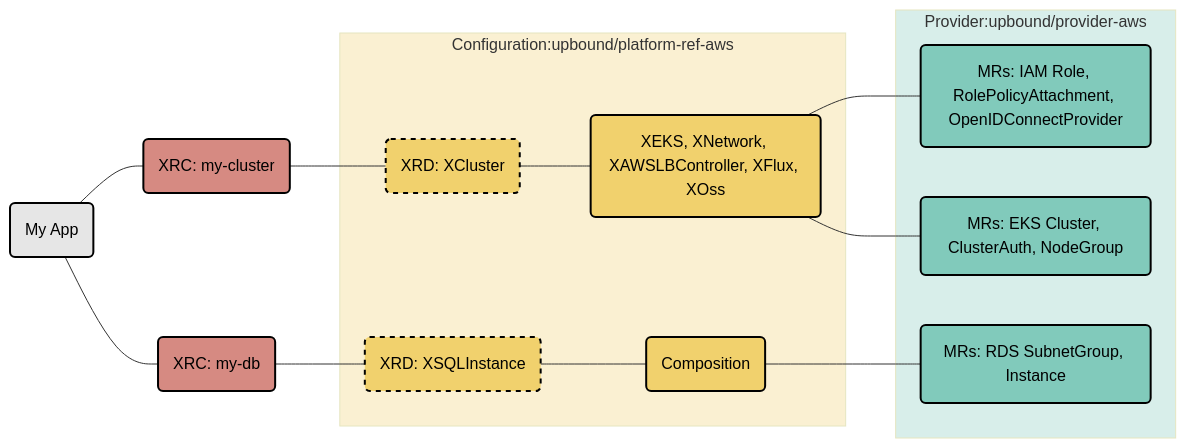
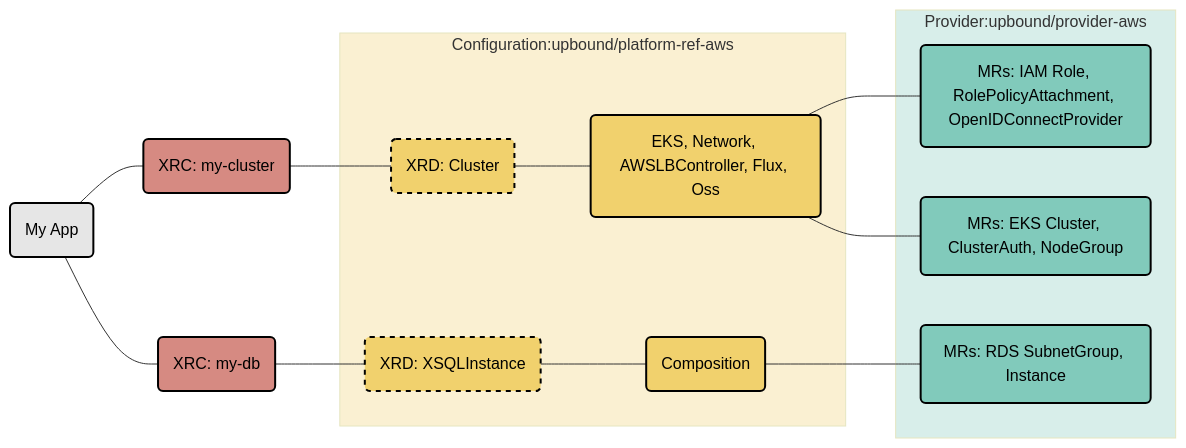
The diagram in README.md (upbound/platform-ref-aws), drawn with Mermaid before and after one commit. The commit also changed other lines of this file and 23 other files, not shown here.

````diff
--- a/README.md
+++ b/README.md
@@ -37,30 +37,30 @@
 ```mermaid
 graph LR;
     MyApp(My App)---MyCluster(XRC: my-cluster);
-    MyCluster---XRD1(XRD: XCluster);
+    MyCluster---XRD1(XRD: Cluster);
     MyApp---MyDB(XRC: my-db);
     MyDB---XRD2(XRD: XSQLInstance);
 		subgraph Configuration:upbound/platform-ref-aws;
-	    XRD1---Composition(XEKS, XNetwork, XAWSLBController, XFlux, XOss);
+	    XRD1---Composition(EKS, Network, AWSLBController, Flux, Oss);
 	    XRD2---Composition2(Composition);
 		end
 		subgraph Provider:upbound/provider-aws
 	    Composition---IAM.MRs(MRs: IAM Role, RolePolicyAttachment, OpenIDConnectProvider);
 	    Composition---EKS.MRs(MRs: EKS Cluster, ClusterAuth, NodeGroup);
 	    Composition2---RDS.MRs(MRs: RDS SubnetGroup, Instance);
 		end
 
 style MyApp color:#000,fill:#e6e6e6,stroke:#000,stroke-width:2px
 style MyCluster color:#000,fill:#D68A82,stroke:#000,stroke-width:2px
 style MyDB color:#000,fill:#D68A82,stroke:#000,stroke-width:2px
 style Configuration:upbound/platform-ref-aws fill:#f1d16d,opacity:0.3
 style Provider:upbound/provider-aws fill:#81CABB,opacity:0.3
 style XRD1 color:#000,fill:#f1d16d,stroke:#000,stroke-width:2px,stroke-dasharray: 5 5
 style XRD2 color:#000,fill:#f1d16d,stroke:#000,stroke-width:2px,stroke-dasharray: 5 5
 style Composition color:#000,fill:#f1d16d,stroke:#000,stroke-width:2px
 style Composition2 color:#000,fill:#f1d16d,stroke:#000,stroke-width:2px
 
 style IAM.MRs color:#000,fill:#81CABB,stroke:#000,stroke-width:2px
 style EKS.MRs color:#000,fill:#81CABB,stroke:#000,stroke-width:2px
 style RDS.MRs color:#000,fill:#81CABB,stroke:#000,stroke-width:2px
 ```
````
